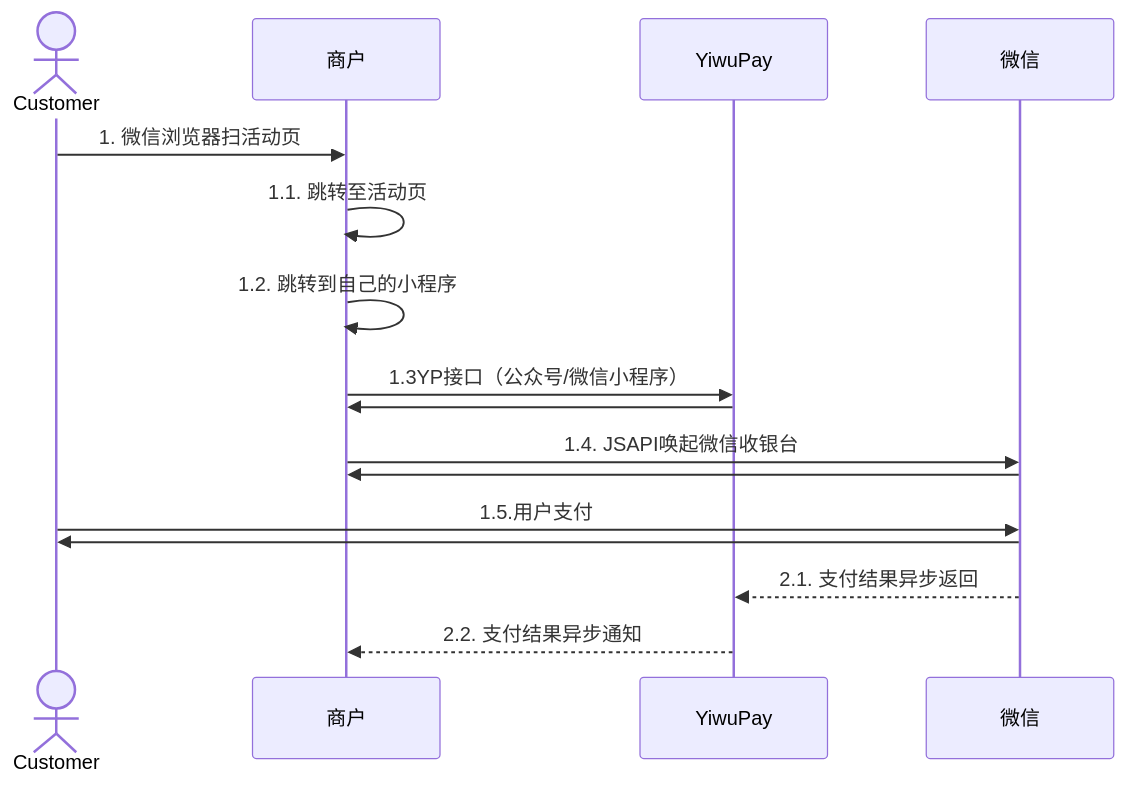
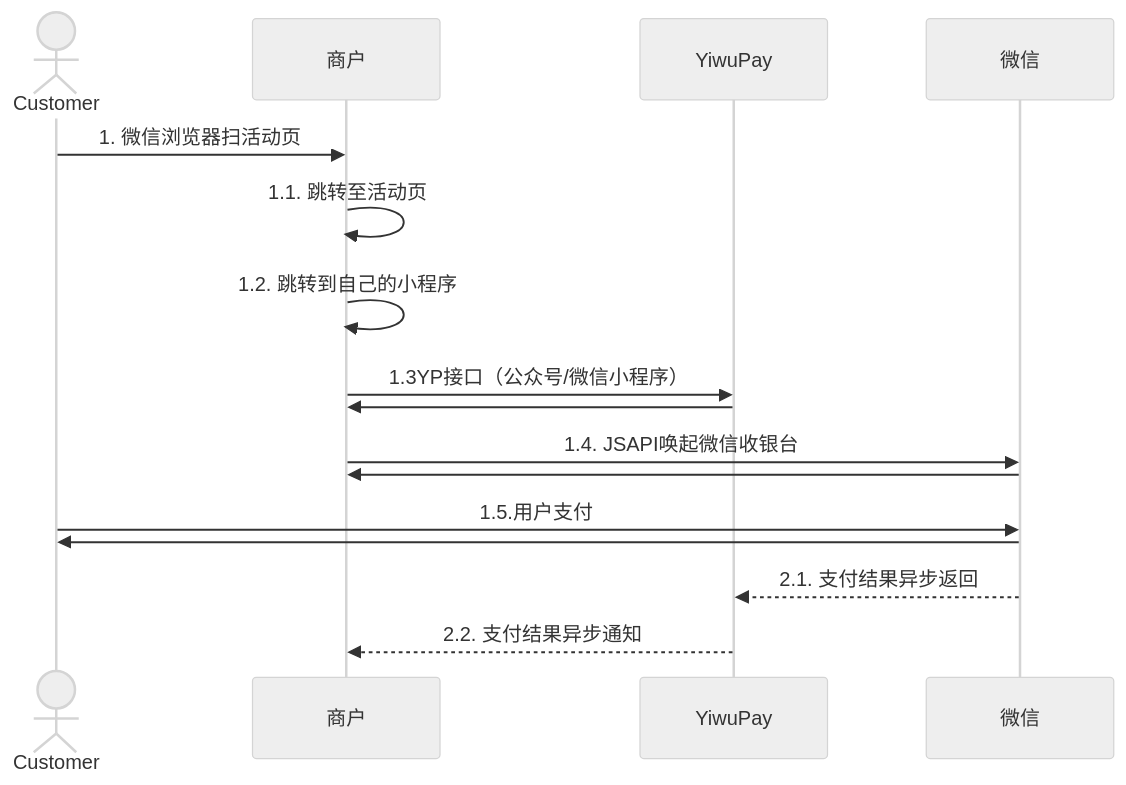
The second of 2 diagrams in wechat/H5及微信浏览器跳转微信小程序.md (isShawnHsu/dripping-note), drawn with Mermaid before and after one commit. The commit also changed other lines of this file, not shown here.

````diff
--- a/wechat/H5及微信浏览器跳转微信小程序.md
+++ b/wechat/H5及微信浏览器跳转微信小程序.md
@@ -89,15 +90,16 @@
-```mermaid 
+```mermaid
+%%{init: {'theme':'neutral'}}%%
 sequenceDiagram
     actor Customer
     Customer->>商户: 1. 微信浏览器扫活动页
     商户->>商户: 1.1. 跳转至活动页
     商户->>商户: 1.2. 跳转到自己的小程序
     商户->>YiwuPay: 1.3YP接口（公众号/微信小程序）
     YiwuPay->>商户: 
     商户->>微信: 1.4. JSAPI唤起微信收银台
     微信->>商户: 
     Customer->>微信: 1.5.用户支付
     微信->>Customer: 
     微信-->>YiwuPay: 2.1. 支付结果异步返回
     YiwuPay-->>商户: 2.2. 支付结果异步通知
 ```
````
